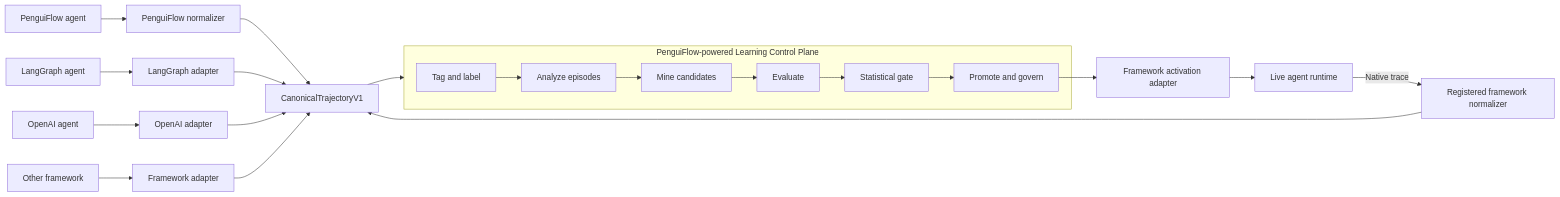
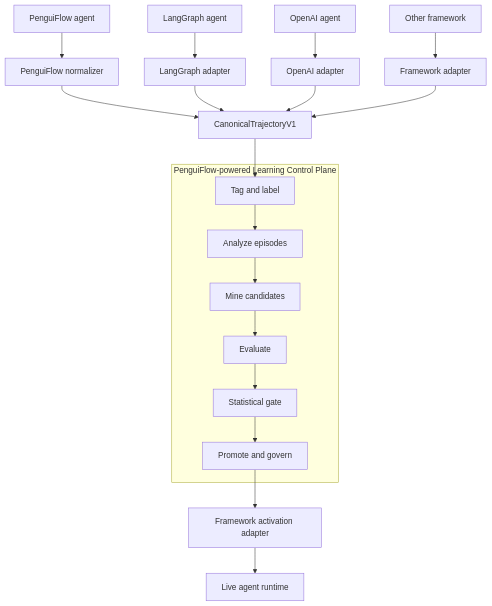
Before and after one commit to GMartin-dev/penguiflow: the first of 4 diagrams in docs/proposals/LEARNING_CONTROL_PLANE_EXECUTIVE_OPTIONS.md, drawn with Mermaid. The commit also changed other lines of this file, not shown here.

````diff
--- a/docs/proposals/LEARNING_CONTROL_PLANE_EXECUTIVE_OPTIONS.md
+++ b/docs/proposals/LEARNING_CONTROL_PLANE_EXECUTIVE_OPTIONS.md
@@ -26,29 +26,26 @@
 ```mermaid
-flowchart LR
-    PF[PenguiFlow agent] --> NP[PenguiFlow normalizer]
-    LG[LangGraph agent] --> NL[LangGraph adapter]
-    OA[OpenAI agent] --> NO[OpenAI adapter]
-    OT[Other framework] --> NX[Framework adapter]
+flowchart TB
+    PF["PenguiFlow agent"] --> NP["PenguiFlow normalizer"]
+    LG["LangGraph agent"] --> NL["LangGraph adapter"]
+    OA["OpenAI agent"] --> NO["OpenAI adapter"]
+    OT["Other framework"] --> NX["Framework adapter"]
 
-    NP --> CT[CanonicalTrajectoryV1]
+    NP --> CT["CanonicalTrajectoryV1"]
     NL --> CT
     NO --> CT
     NX --> CT
 
-    CT --> LCP
-
-    subgraph LCP[PenguiFlow-powered Learning Control Plane]
-      TAG[Tag and label]
-      ANA[Analyze episodes]
-      MINE[Mine candidates]
-      EVAL[Evaluate]
-      GATE[Statistical gate]
-      GOV[Promote and govern]
+    subgraph LCP["PenguiFlow-powered Learning Control Plane"]
+      TAG["Tag and label"]
+      ANA["Analyze episodes"]
+      MINE["Mine candidates"]
+      EVAL["Evaluate"]
+      GATE["Statistical gate"]
+      GOV["Promote and govern"]
       TAG --> ANA --> MINE --> EVAL --> GATE --> GOV
     end
 
-    GOV --> AD[Framework activation adapter]
-    AD --> LIVE[Live agent runtime]
-    LIVE -->|Native trace| MN[Registered framework normalizer]
-    MN --> CT
+    CT --> TAG
+    GOV --> AD["Framework activation adapter"]
+    AD --> LIVE["Live agent runtime"]
 ```
````
